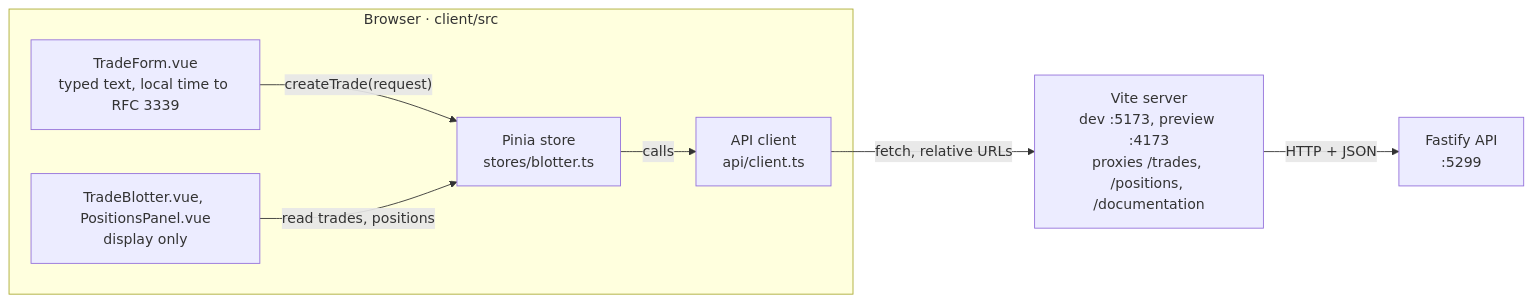
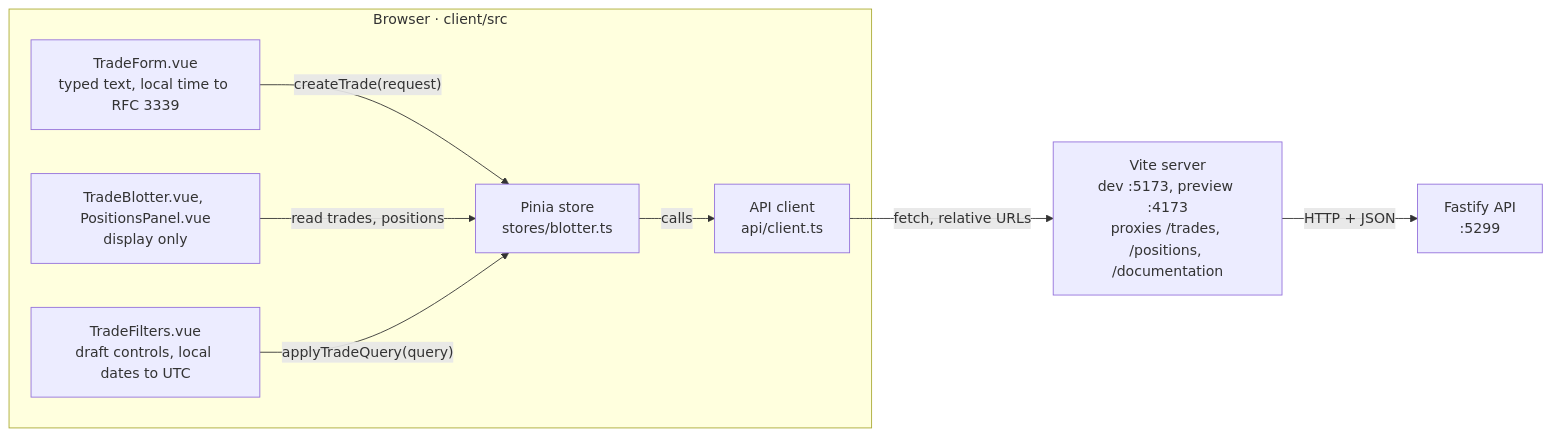
The fifth of 5 diagrams in docs/architecture.md (cs973112/trade-blotter-ts), drawn with Mermaid before and after one commit. The commit also changed other lines of this file and 2 other files, not shown here.

````diff
--- a/docs/architecture.md
+++ b/docs/architecture.md
@@ -755,17 +814,19 @@
 ```mermaid
 flowchart LR
     subgraph BROWSER["Browser · client/src"]
         FORM["TradeForm.vue<br/>typed text, local time to RFC 3339"]
         TABLES["TradeBlotter.vue, PositionsPanel.vue<br/>display only"]
+        FILTERS["TradeFilters.vue<br/>draft controls, local dates to UTC"]
         STORE["Pinia store<br/>stores/blotter.ts"]
         CLIENT["API client<br/>api/client.ts"]
     end
     VITE["Vite server<br/>dev :5173, preview :4173<br/>proxies /trades, /positions, /documentation"]
     API["Fastify API<br/>:5299"]
 
     FORM -->|"createTrade(request)"| STORE
     TABLES -->|"read trades, positions"| STORE
+    FILTERS -->|"applyTradeQuery(query)"| STORE
     STORE -->|"calls"| CLIENT
     CLIENT -->|"fetch, relative URLs"| VITE
     VITE -->|"HTTP + JSON"| API
 ```
````
